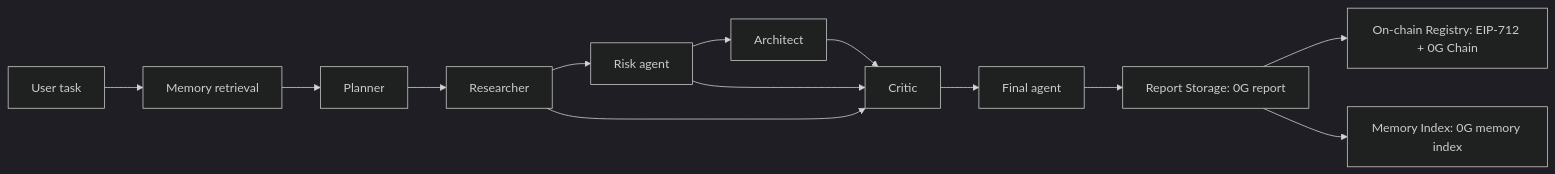
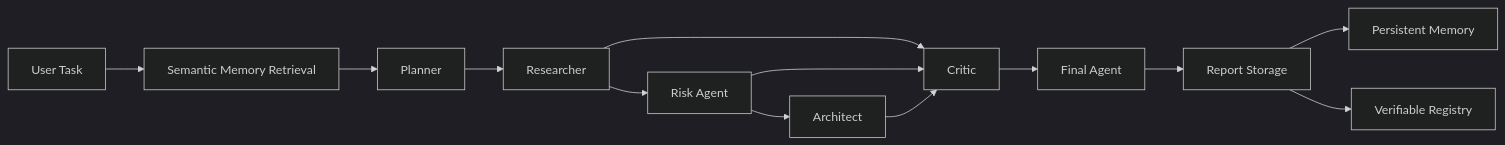
One commit to ILYUTKICK/clawmind changed the diagram in README.md. Above: the diagram before and after it, drawn with Mermaid (dark theme). The commit also changed other lines of this file, not shown here.

````diff
--- a/README.md
+++ b/README.md
@@ -46,15 +15,19 @@
 ```mermaid
 flowchart LR
-  User[User task] --> Memory[Memory retrieval]
-  Memory --> Planner[Planner]
-  Planner --> Researcher[Researcher]
-  Researcher --> Risk[Risk agent]
-  Risk --> Architect[Architect]
-  Architect --> Critic[Critic]
-  Risk --> Critic
-  Researcher --> Critic
-  Critic --> Final[Final agent]
-  Final --> ReportStorage[Report Storage: 0G report]
-  ReportStorage --> Chain[On-chain Registry: EIP-712 + 0G Chain]
-  ReportStorage --> MemoryIndex[Memory Index: 0G memory index]
+    User[User Task] --> Memory[Semantic Memory Retrieval]
+
+    Memory --> Planner[Planner]
+    Planner --> Researcher[Researcher]
+    Researcher --> Risk[Risk Agent]
+    Risk --> Architect[Architect]
+
+    Researcher --> Critic[Critic]
+    Risk --> Critic
+    Architect --> Critic
+
+    Critic --> Final[Final Agent]
+
+    Final --> Storage[Report Storage]
+    Storage --> MemoryIndex[Persistent Memory]
+    Storage --> Registry[Verifiable Registry]
 ```
````
